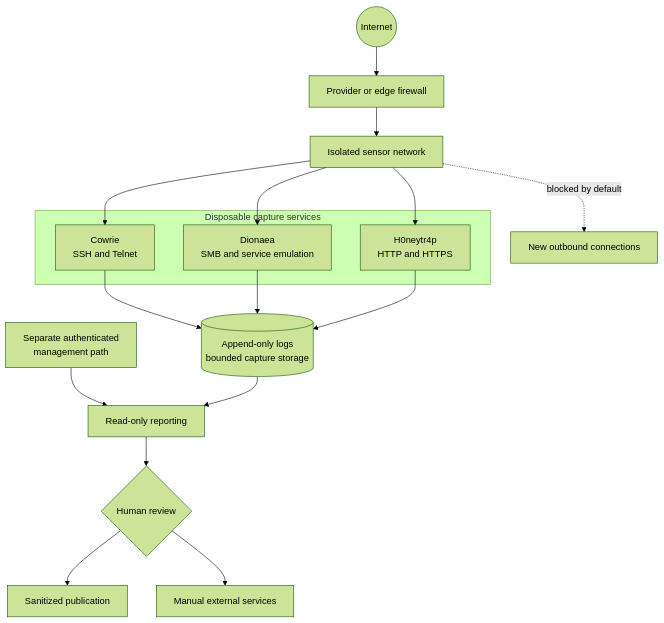
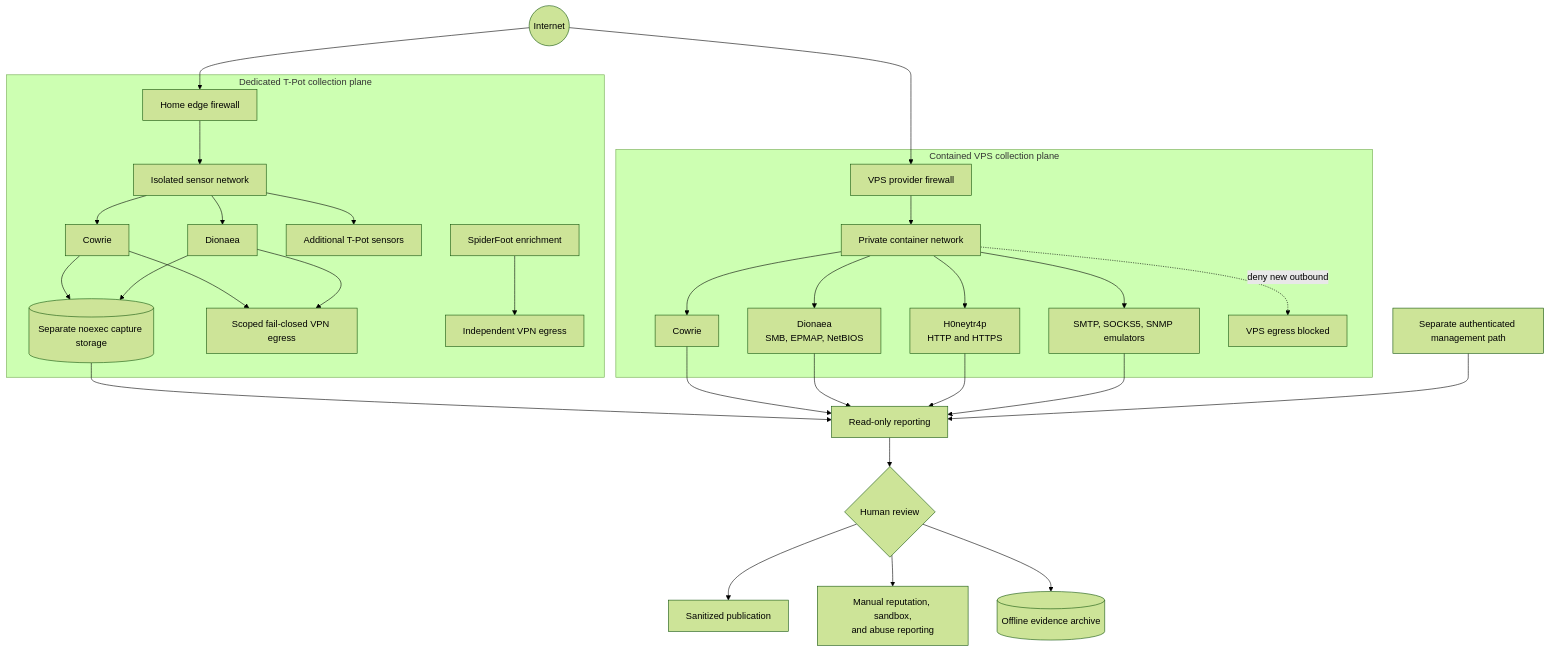
One commit to PhilGoode/honeypot-field-notes changed the diagram in docs/architecture.md. Above: the diagram before and after it, drawn with Mermaid (forest theme). The commit also changed other lines of this file and 7 other files, not shown here.

````diff
--- a/docs/architecture.md
+++ b/docs/architecture.md
@@ -7,27 +7,38 @@
 ```mermaid
 flowchart TB
-    Internet((Internet)) --> Firewall[Provider or edge firewall]
-    Firewall --> VLAN[Isolated sensor network]
+    Internet((Internet)) --> HomeEdge[Home edge firewall]
+    Internet --> VPSEdge[VPS provider firewall]
 
-    subgraph Sensors[Disposable capture services]
-        Cowrie[Cowrie<br/>SSH and Telnet]
-        Dionaea[Dionaea<br/>SMB and service emulation]
-        H0neytr4p[H0neytr4p<br/>HTTP and HTTPS]
+    subgraph Home[Dedicated T-Pot collection plane]
+        HomeEdge --> SensorNet[Isolated sensor network]
+        SensorNet --> TPCowrie[Cowrie]
+        SensorNet --> TPDionaea[Dionaea]
+        SensorNet --> TPOther[Additional T-Pot sensors]
+        TPCowrie --> CaptureDisk[(Separate noexec capture storage)]
+        TPDionaea --> CaptureDisk
+        TPCowrie --> SensorVPN[Scoped fail-closed VPN egress]
+        TPDionaea --> SensorVPN
+        SpiderFoot[SpiderFoot enrichment] --> ReconVPN[Independent VPN egress]
     end
 
-    VLAN --> Cowrie
-    VLAN --> Dionaea
-    VLAN --> H0neytr4p
+    subgraph VPS[Contained VPS collection plane]
+        VPSEdge --> VPSNet[Private container network]
+        VPSNet --> VPSCowrie[Cowrie]
+        VPSNet --> VPSDionaea[Dionaea<br/>SMB, EPMAP, NetBIOS]
+        VPSNet --> VPSWeb[H0neytr4p<br/>HTTP and HTTPS]
+        VPSNet --> Aux[SMTP, SOCKS5, SNMP emulators]
+        VPSNet -. deny new outbound .-> Blocked[VPS egress blocked]
+    end
 
-    Cowrie --> Storage[(Append-only logs<br/>bounded capture storage)]
-    Dionaea --> Storage
-    H0neytr4p --> Storage
+    CaptureDisk --> Reporting[Read-only reporting]
+    VPSCowrie --> Reporting
+    VPSDionaea --> Reporting
+    VPSWeb --> Reporting
+    Aux --> Reporting
 
-    Admin[Separate authenticated<br/>management path] --> Reporting[Read-only reporting]
-    Storage --> Reporting
+    Admin[Separate authenticated management path] --> Reporting
     Reporting --> Review{Human review}
     Review --> Publish[Sanitized publication]
-    Review --> Services[Manual external services]
-
-    VLAN -. blocked by default .-> Egress[New outbound connections]
+    Review --> Services[Manual reputation, sandbox,<br/>and abuse reporting]
+    Review --> Evidence[(Offline evidence archive)]
 ```
````
